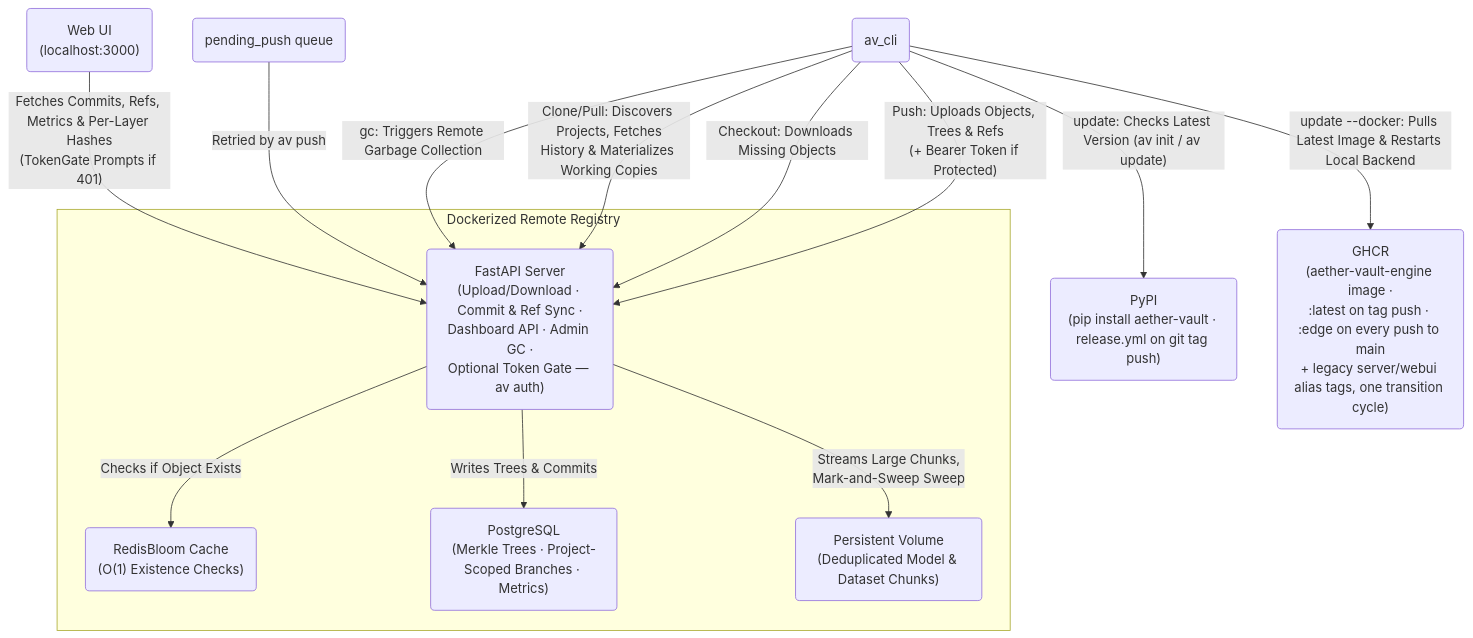
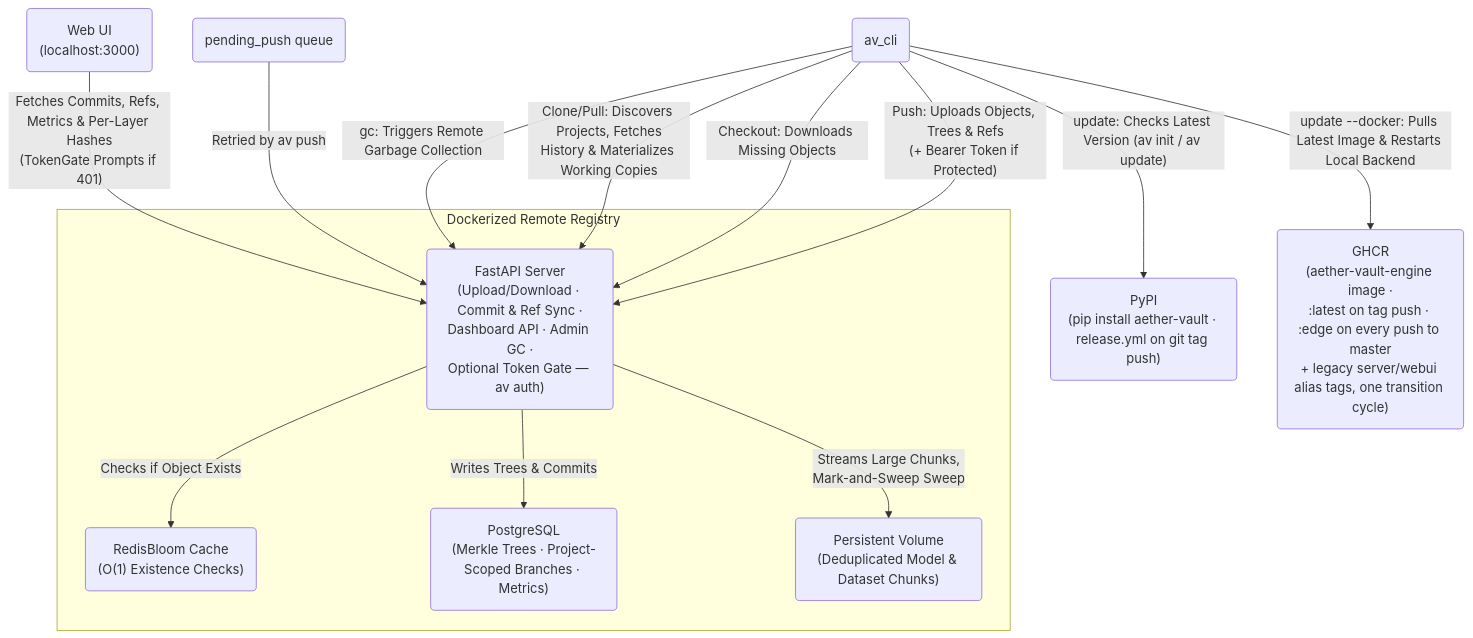
Before and after one commit to leon1706-lol/Aether-Vault: the second of 2 diagrams in README.md, drawn with Mermaid. The commit also changed other lines of this file and 13 other files, not shown here.

````diff
--- a/README.md
+++ b/README.md
@@ -87,29 +149,29 @@
 ```mermaid
 graph TD
     CLI("av_cli")
     PendingQ("pending_push queue")
     WebUI("Web UI<br>(localhost:3000)")
 
     subgraph Remote [Dockerized Remote Registry]
         FastAPI("FastAPI Server<br>(Upload/Download · Commit & Ref Sync ·<br>Dashboard API · Admin GC ·<br>Optional Token Gate — av auth)")
         Redis("RedisBloom Cache<br>(O(1) Existence Checks)")
         DB("PostgreSQL<br>(Merkle Trees · Project-Scoped Branches · Metrics)")
         Storage("Persistent Volume<br>(Deduplicated Model & Dataset Chunks)")
 
         FastAPI -- "Checks if Object Exists" --> Redis
         FastAPI -- "Writes Trees & Commits" --> DB
         FastAPI -- "Streams Large Chunks,<br>Mark-and-Sweep Sweep" --> Storage
     end
 
     CLI -- "Push: Uploads Objects, Trees & Refs<br>(+ Bearer Token if Protected)" --> FastAPI
     CLI -- "Checkout: Downloads Missing Objects" --> FastAPI
     CLI -- "Clone/Pull: Discovers Projects, Fetches<br>History & Materializes Working Copies" --> FastAPI
     CLI -- "gc: Triggers Remote Garbage Collection" --> FastAPI
     PendingQ -- "Retried by av push" --> FastAPI
     WebUI -- "Fetches Commits, Refs, Metrics & Per-Layer Hashes<br>(TokenGate Prompts if 401)" --> FastAPI
 
     PyPI("PyPI<br>(pip install aether-vault · release.yml on git tag push)")
-    GHCR("GHCR<br>(aether-vault-engine image ·<br>:latest on tag push · :edge on every push to main<br>+ legacy server/webui alias tags, one transition cycle)")
+    GHCR("GHCR<br>(aether-vault-engine image ·<br>:latest on tag push · :edge on every push to master<br>+ legacy server/webui alias tags, one transition cycle)")
     CLI -- "update: Checks Latest Version (av init / av update)" --> PyPI
     CLI -- "update --docker: Pulls Latest Image & Restarts Local Backend" --> GHCR
 ```
````
